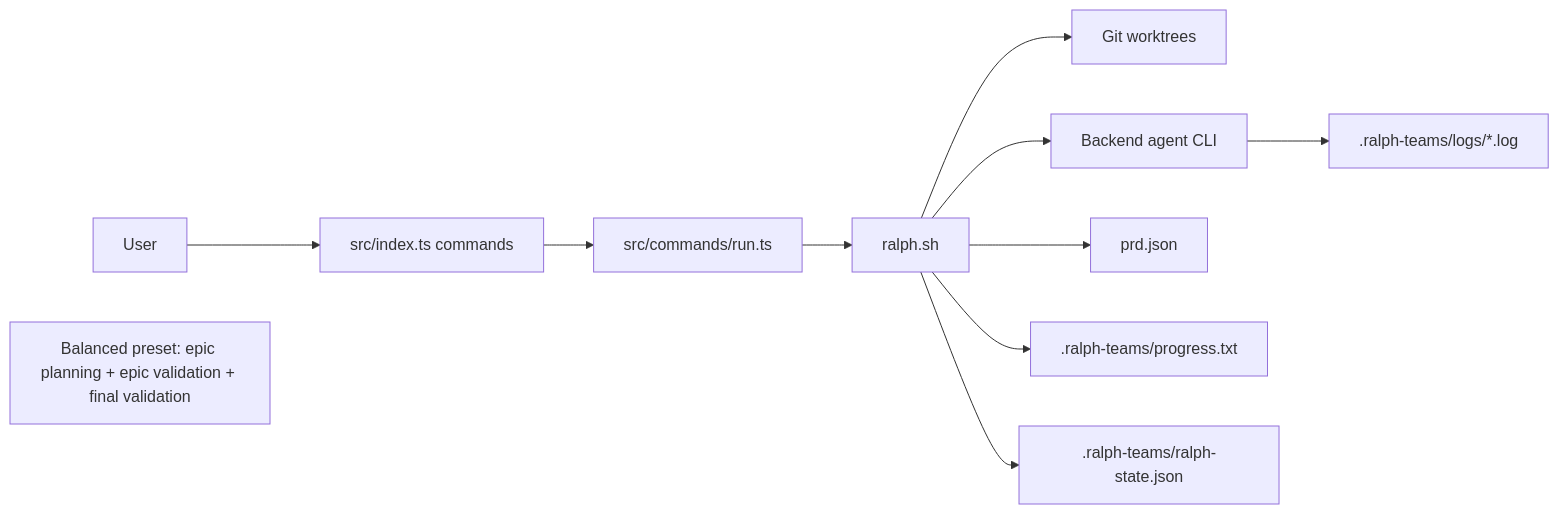
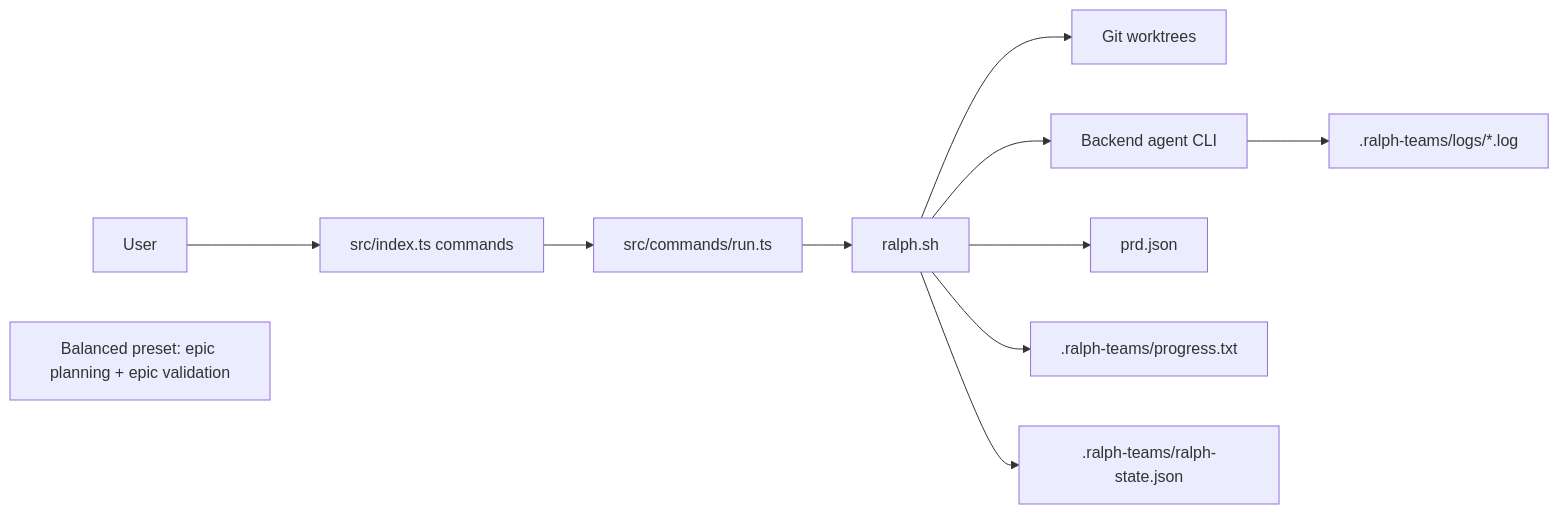
One commit to tuansondinh/ralph-teams changed the diagram in docs/architecture.md. Above: the diagram before and after it, drawn with Mermaid. The commit also changed other lines of this file and 1 other file, not shown here.

Commit message:
docs: clarify validation fallback semantics

````diff
--- a/docs/architecture.md
+++ b/docs/architecture.md
@@ -26,13 +26,13 @@
 ```mermaid
 flowchart LR
     U[User] --> CLI["src/index.ts commands"]
     CLI --> RUN["src/commands/run.ts"]
     RUN --> SH["ralph.sh"]
     SH --> WT["Git worktrees"]
     SH --> AGENTS["Backend agent CLI"]
     AGENTS --> LOGS[".ralph-teams/logs/*.log"]
     SH --> PRD["prd.json"]
     SH --> PROGRESS[".ralph-teams/progress.txt"]
     SH --> STATE[".ralph-teams/ralph-state.json"]
-    note["Balanced preset: epic planning + epic validation + final validation"]
+    note["Balanced preset: epic planning + epic validation"]
 ```
````
